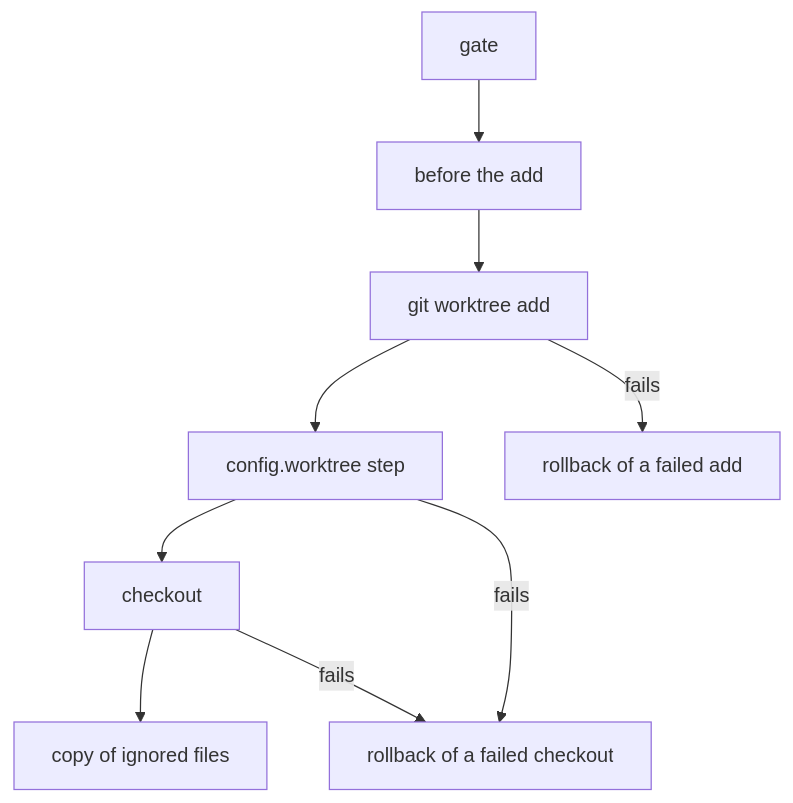
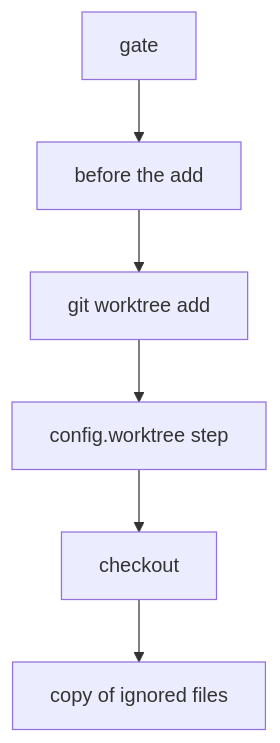
The diagram in docs/protocol/git-worktree-create.md (schubydoo/claustrum), drawn with Mermaid before and after one commit. The commit also changed other lines of this file and 1 other file, not shown here.

````diff
--- a/docs/protocol/git-worktree-create.md
+++ b/docs/protocol/git-worktree-create.md
@@ -142,7 +135,4 @@
 ```mermaid
 flowchart TD
     A["gate"] --> B["before the add"] --> C["git worktree add"] --> E["config.worktree step"] --> F["checkout"] --> G["copy of ignored files"]
-    C -->|"fails"| R1["rollback of a failed add"]
-    E -->|"fails"| R2["rollback of a failed checkout"]
-    F -->|"fails"| R2
 ```
````
